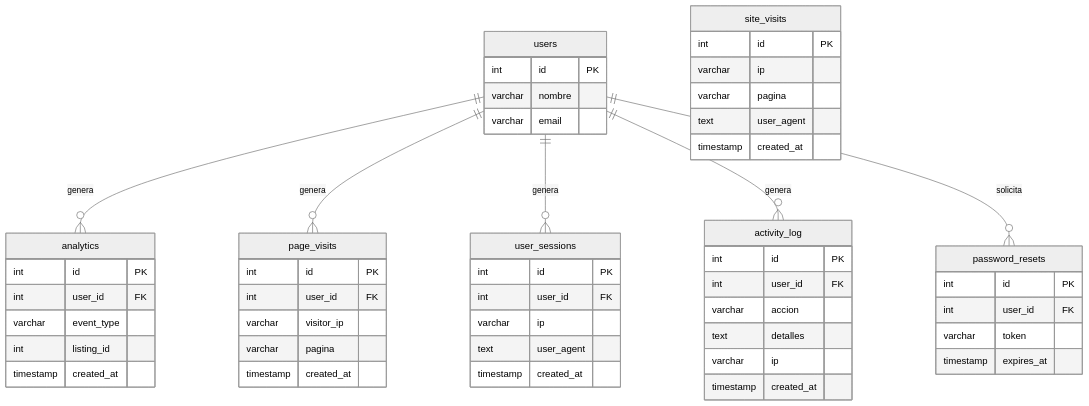
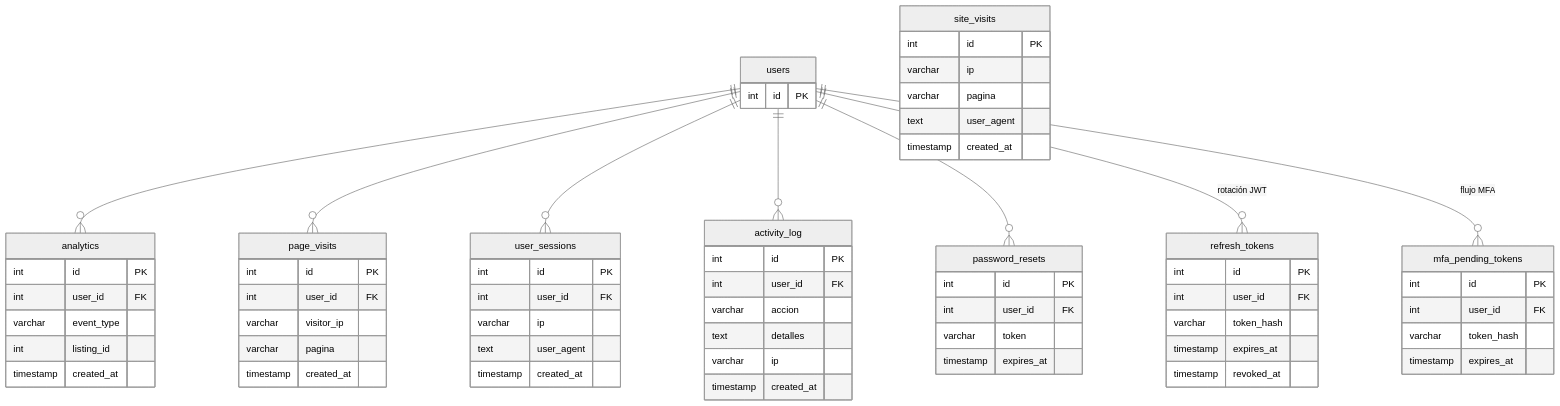
Before and after one commit to pato1982/Solo_un_click: the sixth of 6 diagrams in diagrama_BD.md, drawn with Mermaid (neutral theme). The commit also changed other lines of this file and 2 other files, not shown here.

First line of the commit message:
docs(db-schema-v2): batch C — homologación de diagrama, roadmap y estado real auditoría

````diff
--- a/diagrama_BD.md
+++ b/diagrama_BD.md
@@ -276,62 +277,68 @@
 ```mermaid
 erDiagram
     users {
         int id PK
-        varchar nombre
-        varchar email
     }
-
     analytics {
         int id PK
         int user_id FK
         varchar event_type
         int listing_id
         timestamp created_at
     }
-
     page_visits {
         int id PK
         int user_id FK
         varchar visitor_ip
         varchar pagina
         timestamp created_at
     }
-
     site_visits {
         int id PK
         varchar ip
         varchar pagina
         text user_agent
         timestamp created_at
     }
-
     user_sessions {
         int id PK
         int user_id FK
         varchar ip
         text user_agent
         timestamp created_at
     }
-
     activity_log {
         int id PK
         int user_id FK
         varchar accion
         text detalles
         varchar ip
         timestamp created_at
     }
-
     password_resets {
         int id PK
         int user_id FK
         varchar token
         timestamp expires_at
     }
-
-    users ||--o{ analytics : "genera"
-    users ||--o{ page_visits : "genera"
-    users ||--o{ user_sessions : "genera"
-    users ||--o{ activity_log : "genera"
-    users ||--o{ password_resets : "solicita"
+    refresh_tokens {
+        int id PK
+        int user_id FK
+        varchar token_hash
+        timestamp expires_at
+        timestamp revoked_at
+    }
+    mfa_pending_tokens {
+        int id PK
+        int user_id FK
+        varchar token_hash
+        timestamp expires_at
+    }
+    users ||--o{ analytics : ""
+    users ||--o{ page_visits : ""
+    users ||--o{ user_sessions : ""
+    users ||--o{ activity_log : ""
+    users ||--o{ password_resets : ""
+    users ||--o{ refresh_tokens : "rotación JWT"
+    users ||--o{ mfa_pending_tokens : "flujo MFA"
 ```
````
